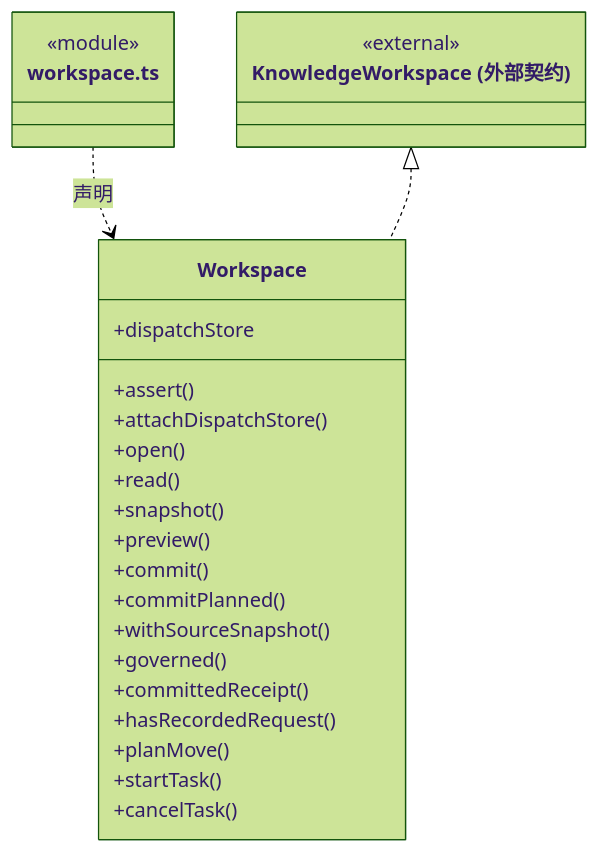
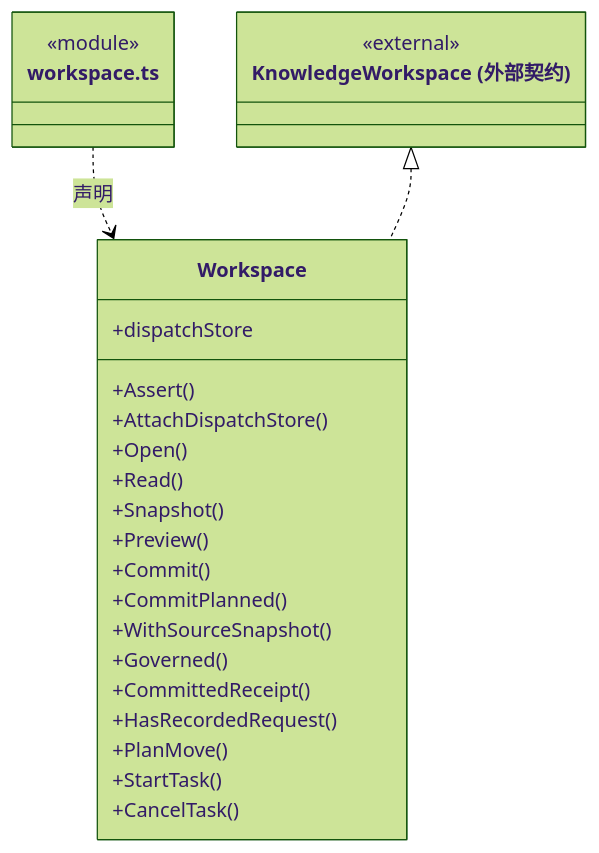
The ninth of 12 diagrams in src/logic/workspace/service/ARCHITECTURE.md (nan023062/cbim), drawn with Mermaid (forest theme) before and after one commit. The commit also changed other lines of this file and 1035 other files, not shown here.

````diff
--- a/src/logic/workspace/service/ARCHITECTURE.md
+++ b/src/logic/workspace/service/ARCHITECTURE.md
@@ -232,29 +232,29 @@
 ```mermaid
 classDiagram
 class N_src_logic_workspace_service_workspace_ts["workspace.ts"] {
   <<module>>
 }
 class N_src_logic_workspace_service_workspace_ts_Workspace["Workspace"] {
-  +assert()
-  +attachDispatchStore()
+  +Assert()
+  +AttachDispatchStore()
   +dispatchStore
-  +open()
-  +read()
-  +snapshot()
-  +preview()
-  +commit()
-  +commitPlanned()
-  +withSourceSnapshot()
-  +governed()
-  +committedReceipt()
-  +hasRecordedRequest()
-  +planMove()
-  +startTask()
-  +cancelTask()
+  +Open()
+  +Read()
+  +Snapshot()
+  +Preview()
+  +Commit()
+  +CommitPlanned()
+  +WithSourceSnapshot()
+  +Governed()
+  +CommittedReceipt()
+  +HasRecordedRequest()
+  +PlanMove()
+  +StartTask()
+  +CancelTask()
 }
 N_src_logic_workspace_service_workspace_ts ..> N_src_logic_workspace_service_workspace_ts_Workspace : 声明
 class N_src_logic_workspace_service_workspace_ts_external_KnowledgeWorkspace["KnowledgeWorkspace (外部契约)"] {
   <<external>>
 }
 N_src_logic_workspace_service_workspace_ts_external_KnowledgeWorkspace <|.. N_src_logic_workspace_service_workspace_ts_Workspace
 ```
````
